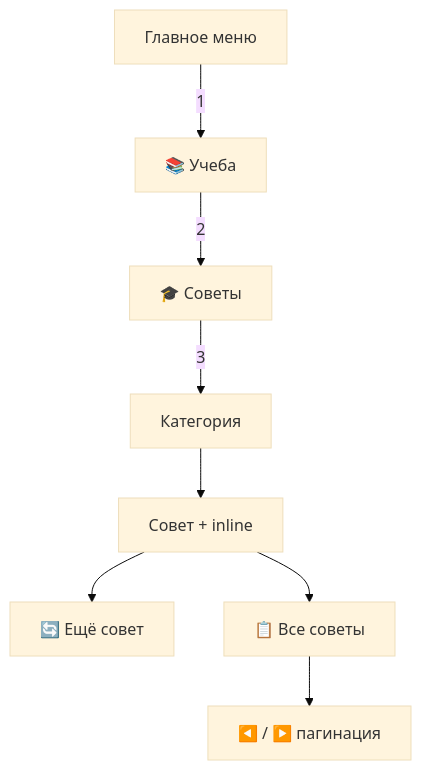
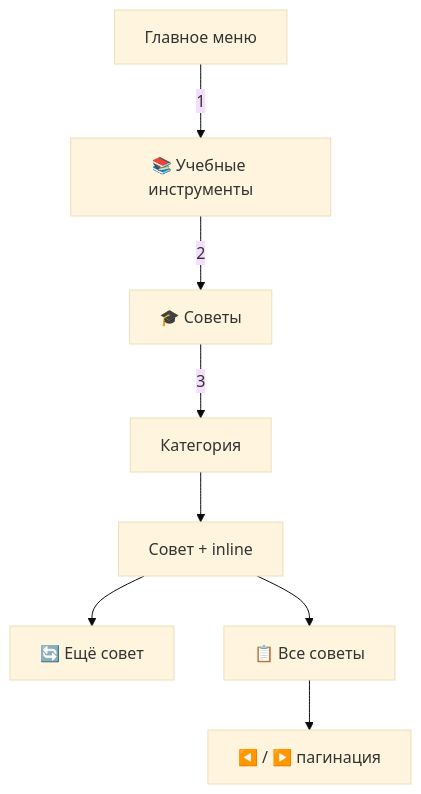
The seventh of 10 diagrams in user-flows.md (zerocious/Palph), drawn with Mermaid (base theme) before and after one commit. The commit also changed other lines of this file and 98 other files, not shown here.

````diff
--- a/user-flows.md
+++ b/user-flows.md
@@ -243,10 +245,10 @@
 ```mermaid
 flowchart TD
-    M["Главное меню"] -->|1| S["📚 Учеба"]
+    M["Главное меню"] -->|1| S["📚 Учебные инструменты"]
     S -->|2| T["🎓 Советы"]
     T -->|3| CAT["Категория"]
     CAT --> TIP["Совет + inline"]
     TIP --> MORE["🔄 Ещё совет"]
     TIP --> LIST["📋 Все советы"]
     LIST --> PAGE["◀️ / ▶️ пагинация"]
 ```
````
